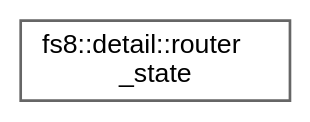
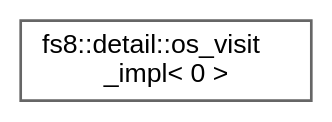
The diagram in api/inherit_graph_57.dot (the-moisrex/foresight), drawn with Graphviz before and after one commit. The commit also changed 232 other files, not shown here.

```diff
--- a/api/inherit_graph_57.dot
+++ b/api/inherit_graph_57.dot
@@ -1,9 +1,9 @@
 digraph "Graphical Class Hierarchy"
 {
  // LATEX_PDF_SIZE
   bgcolor="transparent";
   edge [fontname=Helvetica,fontsize=10,labelfontname=Helvetica,labelfontsize=10];
   node [fontname=Helvetica,fontsize=10,shape=box,height=0.2,width=0.4];
   rankdir="LR";
-  Node0 [id="Node000000",label="fs8::detail::router\l_state",height=0.2,width=0.4,color="grey40", fillcolor="white", style="filled",URL="$structfs8_1_1detail_1_1router__state.html",tooltip=" "];
+  Node0 [id="Node000000",label="fs8::detail::os_visit\l_impl\< 0 \>",height=0.2,width=0.4,color="grey40", fillcolor="white", style="filled",URL="$structfs8_1_1detail_1_1os__visit__impl_3_010_01_4.html",tooltip=" "];
 }
```
